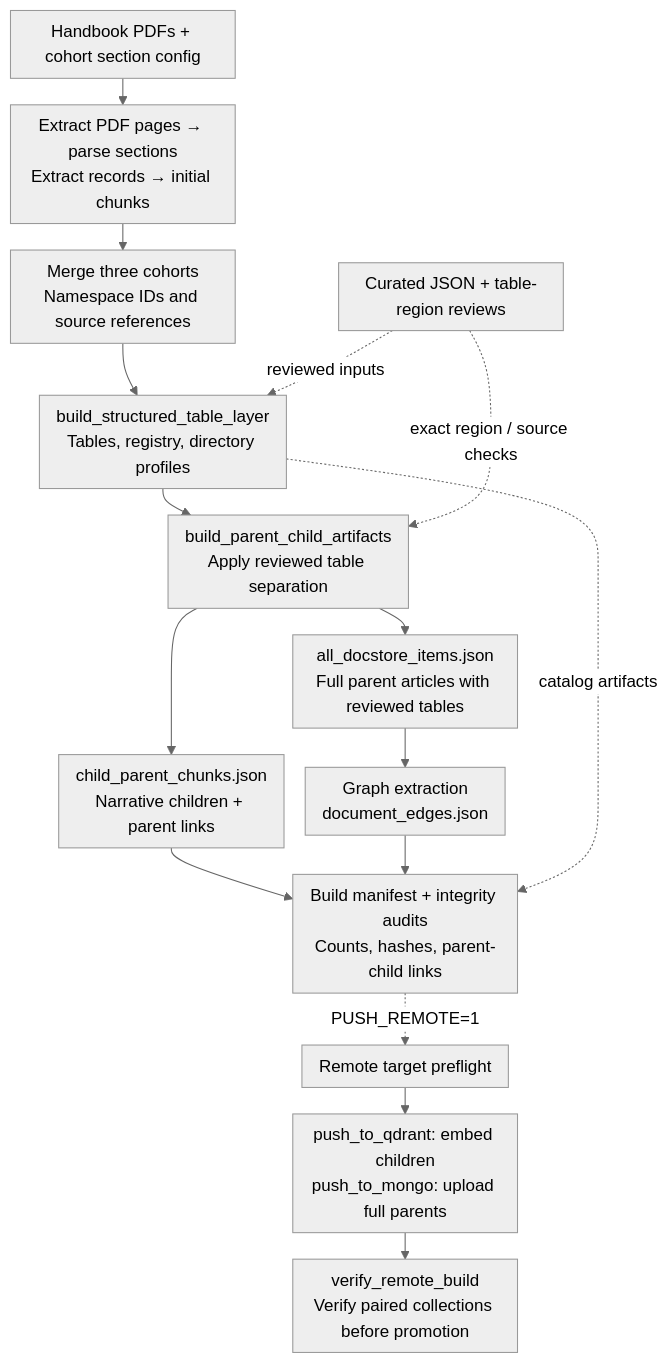
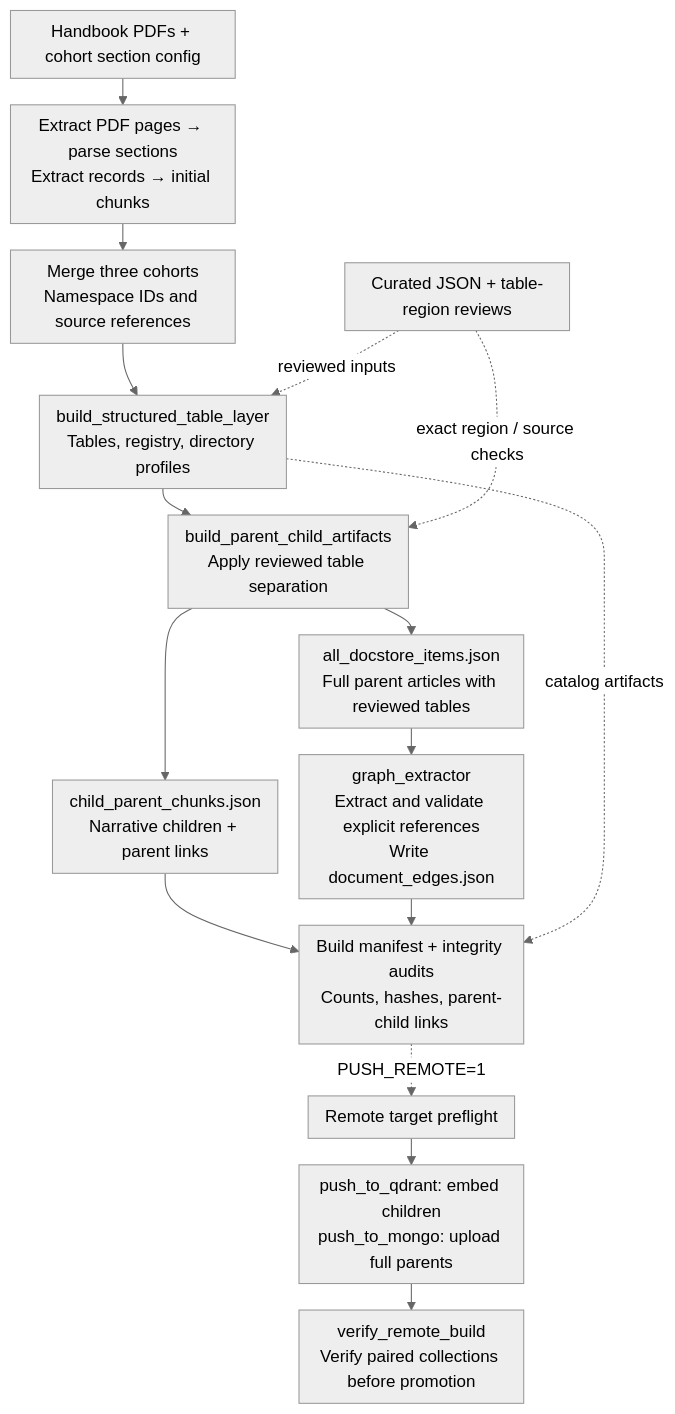
One commit to AnhPhiNe/student-handbook-rag-chatbot changed the fifth of 5 diagrams in README.md. Above: the diagram before and after it, drawn with Mermaid (neutral theme). The commit also changed other lines of this file, not shown here.

Commit message:
docs: clarify pipeline diagrams and evidence flow

```diff
--- a/README.md
+++ b/README.md
@@ -440,19 +485,19 @@
 ~~~mermaid
 %%{init: {"flowchart": {"wrappingWidth": 180, "nodeSpacing": 20, "rankSpacing": 25, "padding": 8}}}%%
 flowchart TD
     Sources["Handbook PDFs + cohort section config"] --> Parse["Extract PDF pages → parse sections<br/>Extract records → initial chunks"]
     Parse --> Merge["Merge three cohorts<br/>Namespace IDs and source references"]
     Merge --> Structured["build_structured_table_layer<br/>Tables, registry, directory profiles"]
     Reviews["Curated JSON + table-region reviews"] -. reviewed inputs .-> Structured
     Structured --> Split["build_parent_child_artifacts<br/>Apply reviewed table separation"]
     Reviews -. exact region / source checks .-> Split
     Split --> Parents["all_docstore_items.json<br/>Full parent articles with reviewed tables"]
     Split --> Children["child_parent_chunks.json<br/>Narrative children + parent links"]
-    Parents --> Graph["Graph extraction<br/>document_edges.json"]
+    Parents --> Graph["graph_extractor<br/>Extract and validate explicit references<br/>Write document_edges.json"]
     Children --> Audit["Build manifest + integrity audits<br/>Counts, hashes, parent-child links"]
     Graph --> Audit
     Structured -. catalog artifacts .-> Audit
     Audit -. PUSH_REMOTE=1 .-> Preflight["Remote target preflight"]
     Preflight --> Upload["push_to_qdrant: embed children<br/>push_to_mongo: upload full parents"]
     Upload --> Verify["verify_remote_build<br/>Verify paired collections before promotion"]
 ~~~
```
